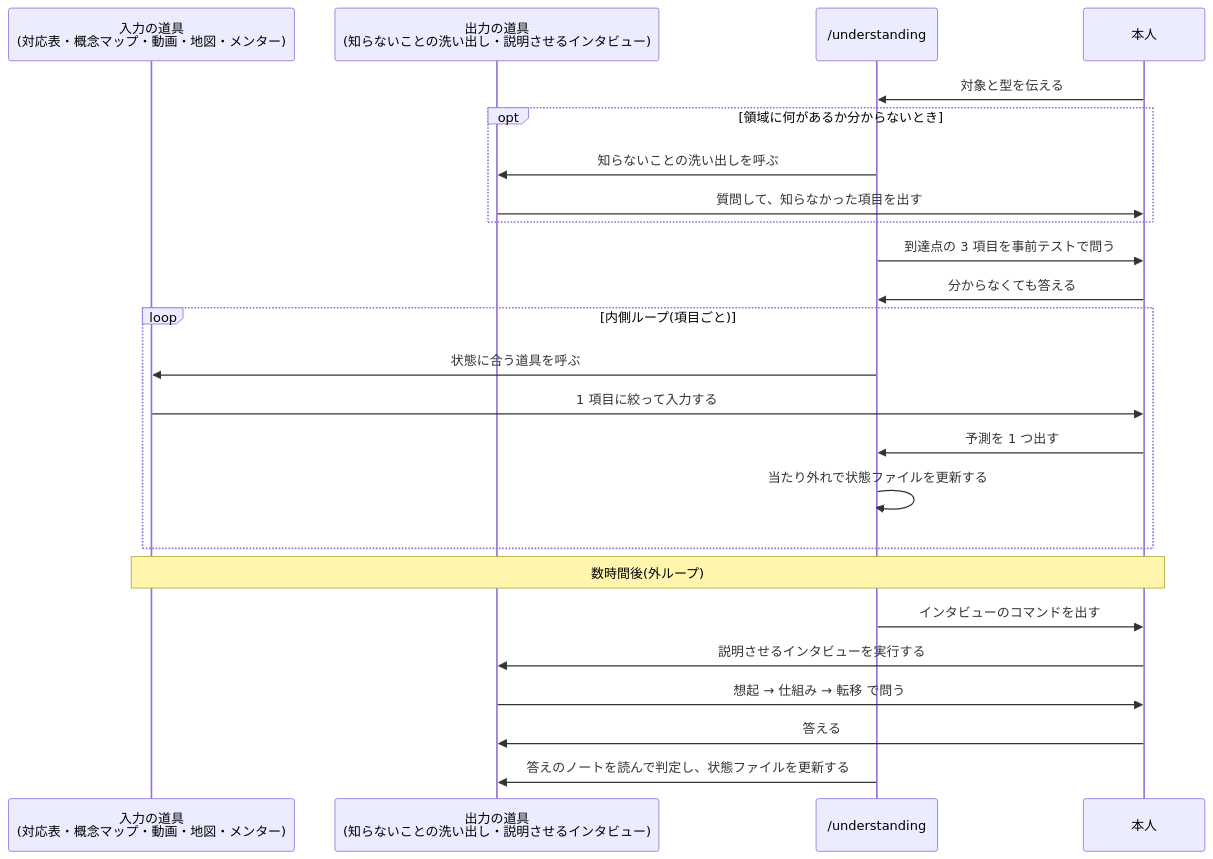
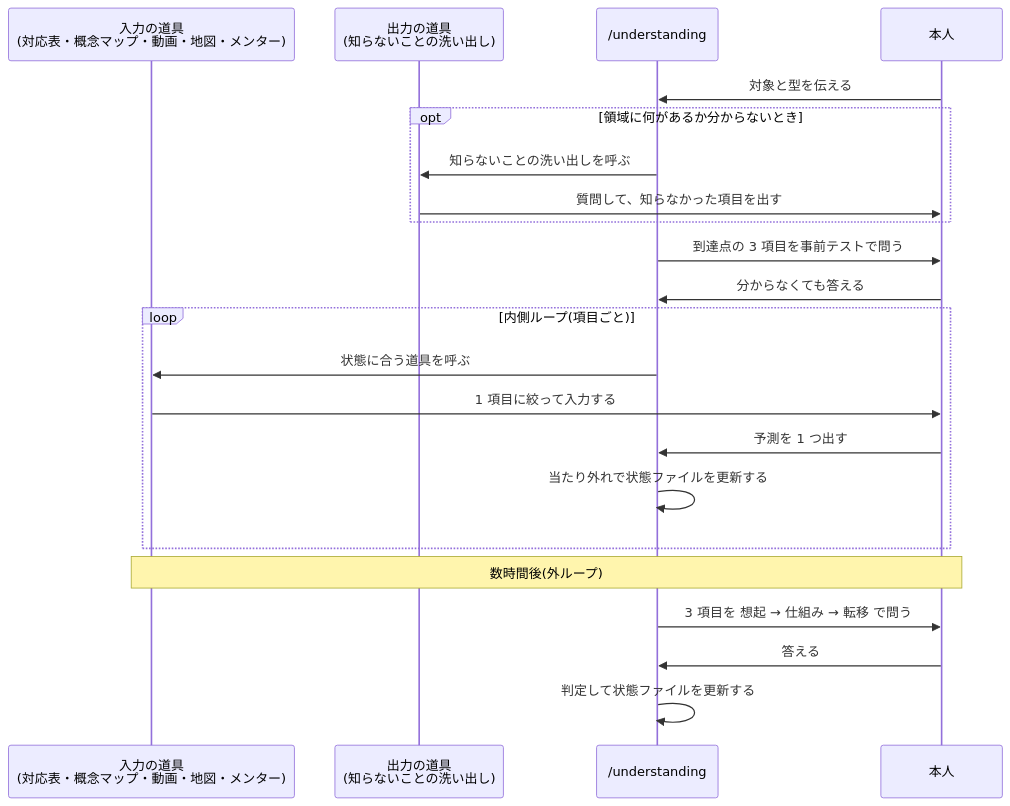
The second of 2 diagrams in src/content/blog/understanding-framework.md (kimuchanman/kimuchanman.github.io), drawn with Mermaid before and after one commit. The commit also changed other lines of this file, not shown here.

Commit message:
Understanding post: move the whole-flow diagram into its own summary section

````diff
--- a/src/content/blog/understanding-framework.md
+++ b/src/content/blog/understanding-framework.md
@@ -197,26 +209,24 @@
 ```mermaid
 sequenceDiagram
   participant T as 入力の道具<br/>(対応表・概念マップ・動画・地図・メンター)
-  participant O as 出力の道具<br/>(知らないことの洗い出し・説明させるインタビュー)
+  participant O as 出力の道具<br/>(知らないことの洗い出し)
   participant U as /understanding
   participant H as 本人
   H->>U: 対象と型を伝える
   opt 領域に何があるか分からないとき
     U->>O: 知らないことの洗い出しを呼ぶ
     O->>H: 質問して、知らなかった項目を出す
   end
   U->>H: 到達点の 3 項目を事前テストで問う
   H->>U: 分からなくても答える
   loop 内側ループ(項目ごと)
     U->>T: 状態に合う道具を呼ぶ
     T->>H: 1 項目に絞って入力する
     H->>U: 予測を 1 つ出す
     U->>U: 当たり外れで状態ファイルを更新する
   end
   Note over T,H: 数時間後(外ループ)
-  U->>H: インタビューのコマンドを出す
-  H->>O: 説明させるインタビューを実行する
-  O->>H: 想起 → 仕組み → 転移 で問う
-  H->>O: 答える
-  U->>O: 答えのノートを読んで判定し、状態ファイルを更新する
+  U->>H: 3 項目を 想起 → 仕組み → 転移 で問う
+  H->>U: 答える
+  U->>U: 判定して状態ファイルを更新する
 ```
````
